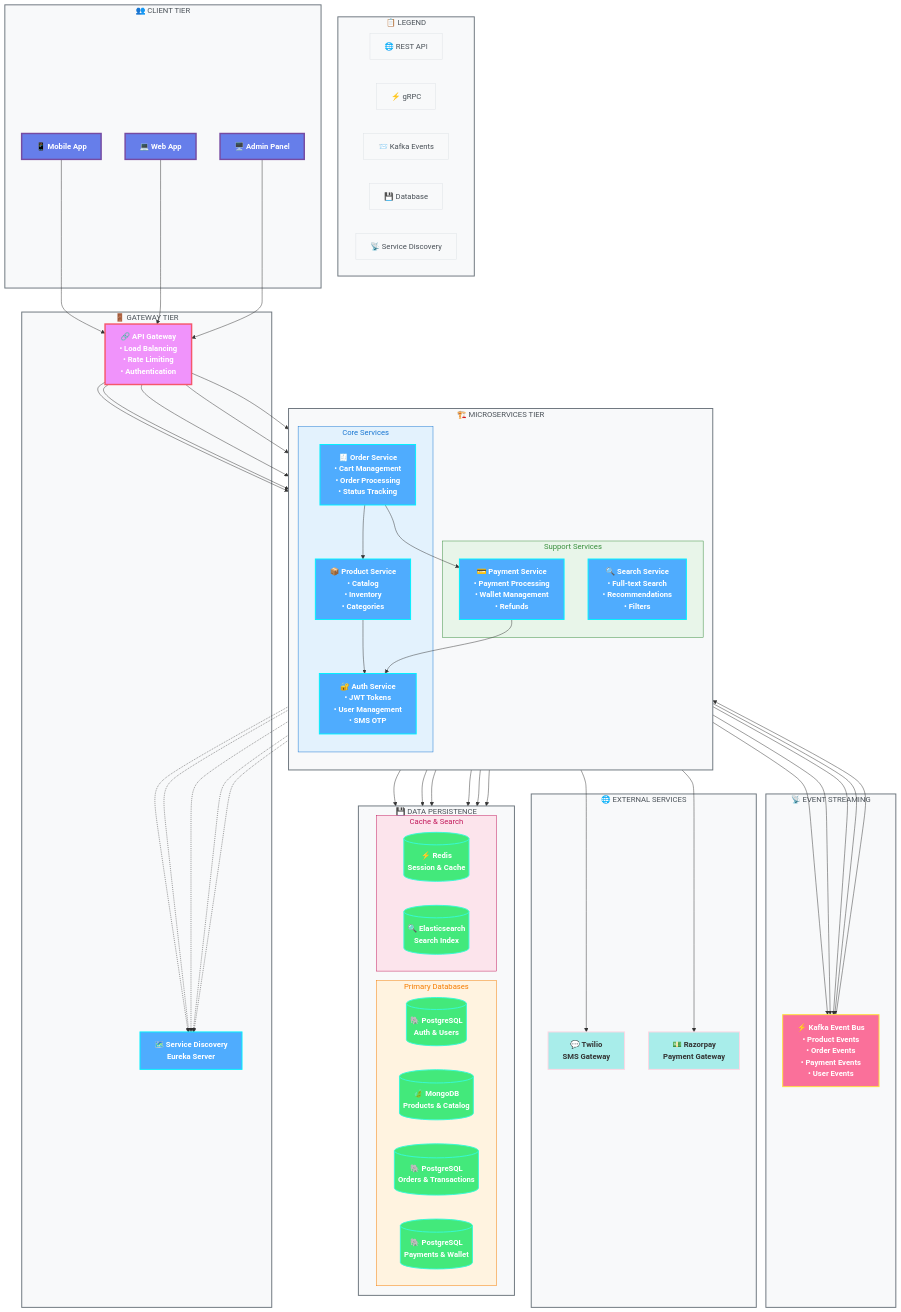
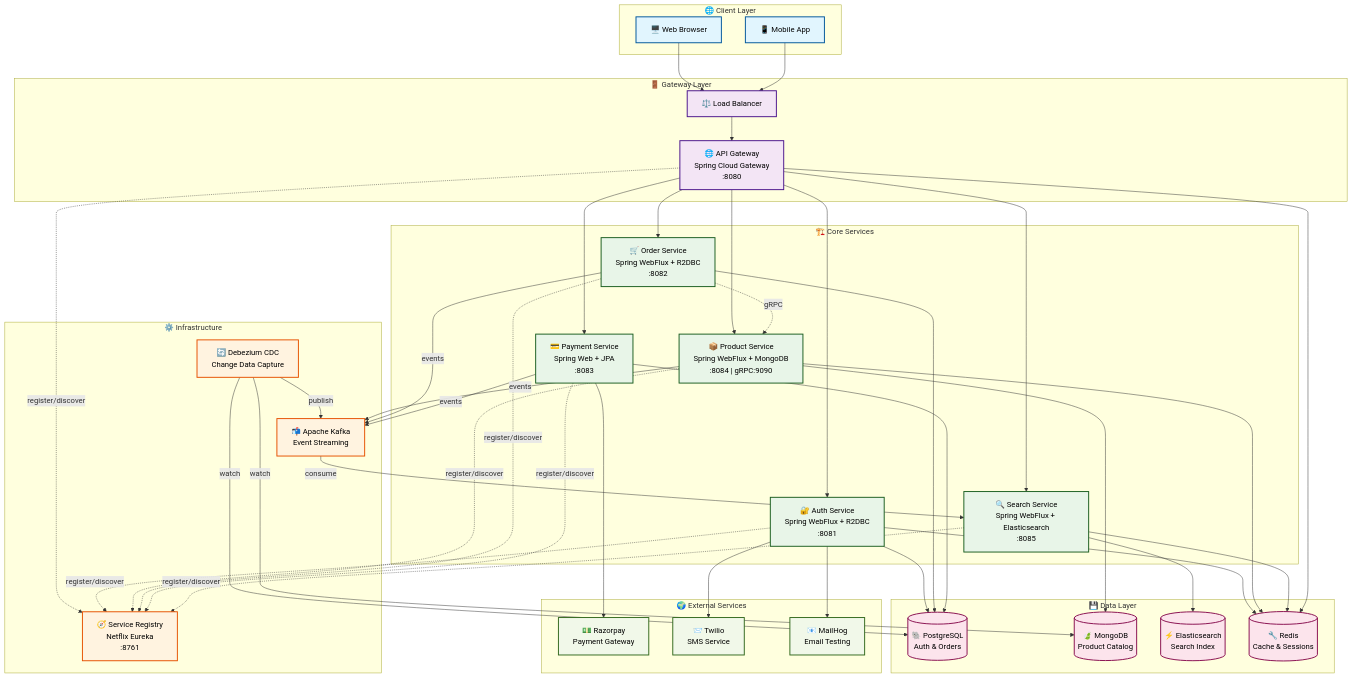
One commit to omniCoder77/Synapse changed the diagram in README.md. Above: the diagram before and after it, drawn with Mermaid. The commit also changed other lines of this file, not shown here.

````diff
--- a/README.md
+++ b/README.md
@@ -15,140 +56,110 @@
-``` mermaid
+```mermaid
 graph TB
-    %% ===== STYLING =====
-    classDef client fill:#667eea,stroke:#764ba2,stroke-width:3px,color:#fff,font-weight:bold
-    classDef gateway fill:#f093fb,stroke:#f5576c,stroke-width:3px,color:#fff,font-weight:bold
-    classDef service fill:#4facfe,stroke:#00f2fe,stroke-width:2px,color:#fff,font-weight:bold
-    classDef data fill:#43e97b,stroke:#38f9d7,stroke-width:2px,color:#fff,font-weight:bold
-    classDef messaging fill:#fa709a,stroke:#fee140,stroke-width:2px,color:#fff,font-weight:bold
-    classDef external fill:#a8edea,stroke:#fed6e3,stroke-width:2px,color:#333,font-weight:bold
-    classDef legend fill:#f8f9fa,stroke:#dee2e6,stroke-width:1px,color:#495057
+    %% Client Layer
+    subgraph "🌐 Client Layer"
+        Web["🖥️ Web Browser"]
+        Mobile["📱 Mobile App"]
+    end
     
-    %% ===== LEGEND =====
-    subgraph L[" 📋 LEGEND "]
-        L1["🌐 REST API"] 
-        L2["⚡ gRPC"]
-        L3["📨 Kafka Events"]
-        L4["💾 Database"]
-        L5["📡 Service Discovery"]
+    %% API Gateway Layer
+    subgraph "🚪 Gateway Layer"
+        Gateway["🌐 API Gateway<br/>Spring Cloud Gateway<br/>:8080"]
+        LB["⚖️ Load Balancer"]
     end
-    class L1,L2,L3,L4,L5 legend
     
-    %% ===== TIER 1: CLIENT =====
-    subgraph T1[" 👥 CLIENT TIER "]
-        C1[📱 Mobile App]
-        C2[💻 Web App]
-        C3[🖥️ Admin Panel]
+    %% Core Services Layer
+    subgraph "🏗️ Core Services"
+        Auth["🔐 Auth Service<br/>Spring WebFlux + R2DBC<br/>:8081"]
+        Product["📦 Product Service<br/>Spring WebFlux + MongoDB<br/>:8084 | gRPC:9090"]
+        Order["🛒 Order Service<br/>Spring WebFlux + R2DBC<br/>:8082"]
+        Payment["💳 Payment Service<br/>Spring Web + JPA<br/>:8083"]
+        Search["🔍 Search Service<br/>Spring WebFlux + Elasticsearch<br/>:8085"]
     end
-    class C1,C2,C3 client
     
-    %% ===== TIER 2: GATEWAY =====
-    subgraph T2[" 🚪 GATEWAY TIER "]
-        GW[🔗 API Gateway<br/>• Load Balancing<br/>• Rate Limiting<br/>• Authentication]
-        SD[🗺️ Service Discovery<br/>Eureka Server]
+    %% Infrastructure Services
+    subgraph "⚙️ Infrastructure"
+        Registry["🧭 Service Registry<br/>Netflix Eureka<br/>:8761"]
+        Kafka["📬 Apache Kafka<br/>Event Streaming"]
+        CDC["🔄 Debezium CDC<br/>Change Data Capture"]
     end
-    class GW gateway
-    class SD service
     
-    %% ===== TIER 3: MICROSERVICES =====
-    subgraph T3[" 🏗️ MICROSERVICES TIER "]
-        direction TB
-        subgraph CORE[" Core Services "]
-            AS[🔐 Auth Service<br/>• JWT Tokens<br/>• User Management<br/>• SMS OTP]
-            PS[📦 Product Service<br/>• Catalog<br/>• Inventory<br/>• Categories]
-            OS[🧾 Order Service<br/>• Cart Management<br/>• Order Processing<br/>• Status Tracking]
-        end
-        
-        subgraph SUPPORT[" Support Services "]
-            PayS[💳 Payment Service<br/>• Payment Processing<br/>• Wallet Management<br/>• Refunds]
-            SS[🔍 Search Service<br/>• Full-text Search<br/>• Recommendations<br/>• Filters]
-        end
+    %% Data Layer
+    subgraph "💾 Data Layer"
+        PostgresAuth[("🐘 PostgreSQL<br/>Auth & Orders")]
+        MongoDB[("🍃 MongoDB<br/>Product Catalog")]
+        Elasticsearch[("⚡ Elasticsearch<br/>Search Index")]
+        Redis[("🔧 Redis<br/>Cache & Sessions")]
     end
-    class AS,PS,OS,PayS,SS service
     
-    %% ===== TIER 4: MESSAGE BUS =====
-    subgraph T4[" 📡 EVENT STREAMING "]
-        KB[⚡ Kafka Event Bus<br/>• Product Events<br/>• Order Events<br/>• Payment Events<br/>• User Events]
+    %% External Services
+    subgraph "🌍 External Services"
+        Razorpay["💵 Razorpay<br/>Payment Gateway"]
+        Twilio["📨 Twilio<br/>SMS Service"]
+        MailHog["📧 MailHog<br/>Email Testing"]
     end
-    class KB messaging
     
-    %% ===== TIER 5: DATA LAYER =====
-    subgraph T5[" 💾 DATA PERSISTENCE "]
-        direction LR
-        subgraph MAIN_DB[" Primary Databases "]
-            PG1[(🐘 PostgreSQL<br/>Auth & Users)]
-            MG1[(🍃 MongoDB<br/>Products & Catalog)]
-            PG2[(🐘 PostgreSQL<br/>Orders & Transactions)]
-            PG3[(🐘 PostgreSQL<br/>Payments & Wallet)]
-        end
-        
-        subgraph CACHE_SEARCH[" Cache & Search "]
-            RD[(⚡ Redis<br/>Session & Cache)]
-            ES[(🔍 Elasticsearch<br/>Search Index)]
-        end
-    end
-    class PG1,MG1,PG2,PG3,RD,ES data
+    %% Client Connections
+    Web --> LB
+    Mobile --> LB
+    LB --> Gateway
     
-    %% ===== TIER 6: EXTERNAL =====
-    subgraph T6[" 🌐 EXTERNAL SERVICES "]
-        TW[💬 Twilio<br/>SMS Gateway]
-        RZ[💵 Razorpay<br/>Payment Gateway]
-    end
-    class TW,RZ external
+    %% Gateway to Services
+    Gateway --> Auth
+    Gateway --> Product
+    Gateway --> Order
+    Gateway --> Payment
+    Gateway --> Search
     
-    %% ===== CLIENT CONNECTIONS =====
-    C1 --> GW
-    C2 --> GW
-    C3 --> GW
+    %% Service Discovery
+    Gateway -.->|register/discover| Registry
+    Auth -.->|register/discover| Registry
+    Product -.->|register/discover| Registry
+    Order -.->|register/discover| Registry
+    Payment -.->|register/discover| Registry
+    Search -.->|register/discover| Registry
     
-    %% ===== GATEWAY CONNECTIONS =====
-    GW --> AS
-    GW --> PS
-    GW --> OS
-    GW --> PayS
-    GW --> SS
+    %% Data Connections
+    Auth --> PostgresAuth
+    Auth --> Redis
+    Order --> PostgresAuth
+    Product --> MongoDB
+    Product --> Redis
+    Search --> Elasticsearch
+    Search --> Redis
+    Payment --> PostgresAuth
     
-    %% ===== SERVICE DISCOVERY =====
-    AS -.-> SD
-    PS -.-> SD
-    OS -.-> SD
-    PayS -.-> SD
-    SS -.-> SD
+    %% Service to Service Communication
+    Order -.->|gRPC| Product
+    Gateway --> Redis
     
-    %% ===== INTER-SERVICE COMMUNICATION =====
-    OS --> PS
-    OS --> PayS
-    PS --> AS
-    PayS --> AS
+    %% Event Streaming
+    Product -->|events| Kafka
+    Order -->|events| Kafka
+    Payment -->|events| Kafka
+    Kafka -->|consume| Search
     
-    %% ===== EVENT STREAMING =====
-    PS --> KB
-    OS --> KB
-    PayS --> KB
-    AS --> KB
-    KB --> SS
+    %% Change Data Capture
+    CDC -->|watch| PostgresAuth
+    CDC -->|watch| MongoDB
+    CDC -->|publish| Kafka
     
-    %% ===== DATA CONNECTIONS =====
-    AS --> PG1
-    AS --> RD
-    PS --> MG1
-    OS --> PG2
-    PayS --> PG3
-    SS --> ES
+    %% External Service Connections
+    Auth --> Twilio
+    Auth --> MailHog
+    Payment --> Razorpay
     
-    %% ===== EXTERNAL CONNECTIONS =====
-    AS --> TW
-    PayS --> RZ
+    %% Styling
+    classDef clientStyle fill:#e1f5fe,stroke:#01579b,stroke-width:2px,color:#000
+    classDef gatewayStyle fill:#f3e5f5,stroke:#4a148c,stroke-width:2px,color:#000
+    classDef serviceStyle fill:#e8f5e8,stroke:#1b5e20,stroke-width:2px,color:#000
+    classDef infraStyle fill:#fff3e0,stroke:#e65100,stroke-width:2px,color:#000
+    classDef dataStyle fill:#fce4ec,stroke:#880e4f,stroke-width:2px,color:#000
+    classDef externalStyle fill:#f1f8e9,stroke:#33691e,stroke-width:2px,color:#000
     
-    %% ===== STYLING APPLICATIONS =====
-    style T1 fill:#f8f9fa,stroke:#6c757d,stroke-width:2px,color:#495057
-    style T2 fill:#f8f9fa,stroke:#6c757d,stroke-width:2px,color:#495057
-    style T3 fill:#f8f9fa,stroke:#6c757d,stroke-width:2px,color:#495057
-    style T4 fill:#f8f9fa,stroke:#6c757d,stroke-width:2px,color:#495057
-    style T5 fill:#f8f9fa,stroke:#6c757d,stroke-width:2px,color:#495057
-    style T6 fill:#f8f9fa,stroke:#6c757d,stroke-width:2px,color:#495057
-    style L fill:#f8f9fa,stroke:#6c757d,stroke-width:2px,color:#495057
-    style CORE fill:#e3f2fd,stroke:#1976d2,stroke-width:1px,color:#1976d2
-    style SUPPORT fill:#e8f5e9,stroke:#388e3c,stroke-width:1px,color:#388e3c
-    style MAIN_DB fill:#fff3e0,stroke:#f57c00,stroke-width:1px,color:#f57c00
-    style CACHE_SEARCH fill:#fce4ec,stroke:#c2185b,stroke-width:1px,color:#c2185b
+    class Web,Mobile clientStyle
+    class Gateway,LB gatewayStyle
+    class Auth,Product,Order,Payment,Search serviceStyle
+    class Registry,Kafka,CDC infraStyle
+    class PostgresAuth,MongoDB,Elasticsearch,Redis dataStyle
+    class Razorpay,Twilio,MailHog externalStyle
 ```
````
